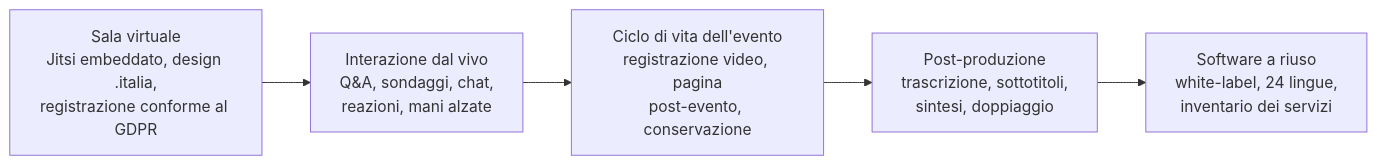
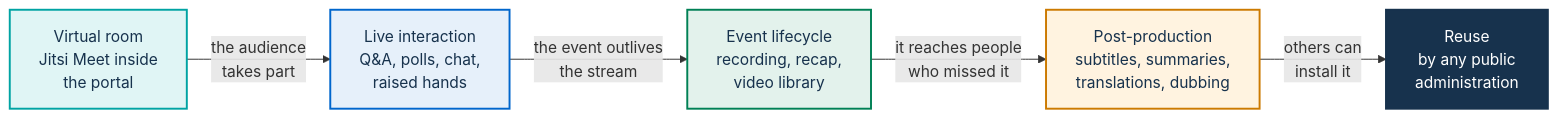
One commit to italia/pa-webinar changed the first of 6 diagrams in README.md. Above: the diagram before and after it, drawn with Mermaid. The commit also changed other lines of this file and 92 other files, not shown here.

````diff
--- a/README.md
+++ b/README.md
@@ -29,9 +24,17 @@
 ```mermaid
 flowchart LR
-    A["Sala virtuale<br/>Jitsi embeddato, design .italia,<br/>registrazione conforme al GDPR"]
-    B["Interazione dal vivo<br/>Q&A, sondaggi, chat,<br/>reazioni, mani alzate"]
-    C["Ciclo di vita dell'evento<br/>registrazione video, pagina<br/>post-evento, conservazione"]
-    D["Post-produzione<br/>trascrizione, sottotitoli,<br/>sintesi, doppiaggio"]
-    E["Software a riuso<br/>white-label, 24 lingue,<br/>inventario dei servizi"]
-    A --> B --> C --> D --> E
+  classDef portal fill:#E6F0FA,stroke:#0066CC,stroke-width:2px,color:#17324D
+  classDef media fill:#E0F5F5,stroke:#00A3A3,stroke-width:2px,color:#17324D
+  classDef data fill:#E3F2EC,stroke:#008055,stroke-width:2px,color:#17324D
+  classDef job fill:#FFF3E0,stroke:#CC7A00,stroke-width:2px,color:#17324D
+  classDef emph fill:#17324D,stroke:#17324D,stroke-width:2px,color:#FFFFFF
+  A["Virtual room<br/>Jitsi Meet inside<br/>the portal"]:::media
+  B["Live interaction<br/>Q&A, polls, chat,<br/>raised hands"]:::portal
+  C["Event lifecycle<br/>recording, recap,<br/>video library"]:::data
+  D["Post-production<br/>subtitles, summaries,<br/>translations, dubbing"]:::job
+  E["Reuse<br/>by any public<br/>administration"]:::emph
+  A -->|"the audience<br/>takes part"| B
+  B -->|"the event outlives<br/>the stream"| C
+  C -->|"it reaches people<br/>who missed it"| D
+  D -->|"others can<br/>install it"| E
 ```
````
